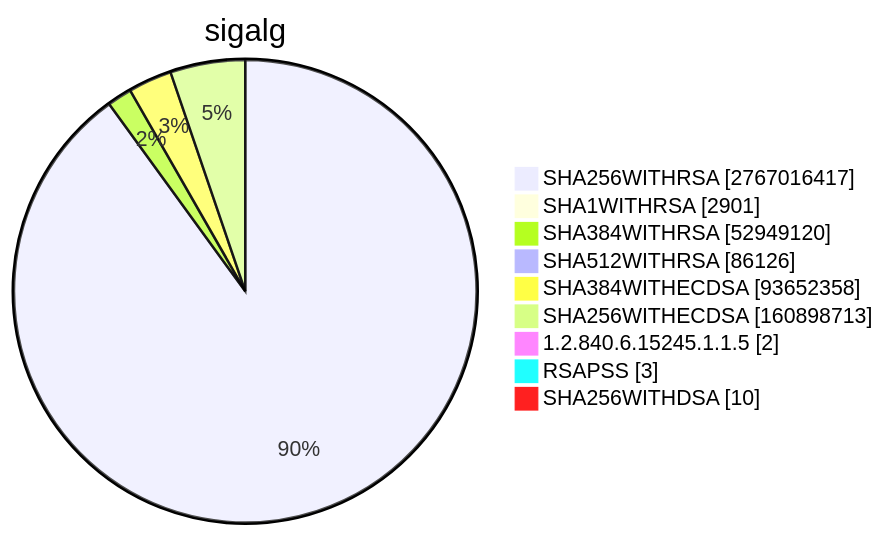
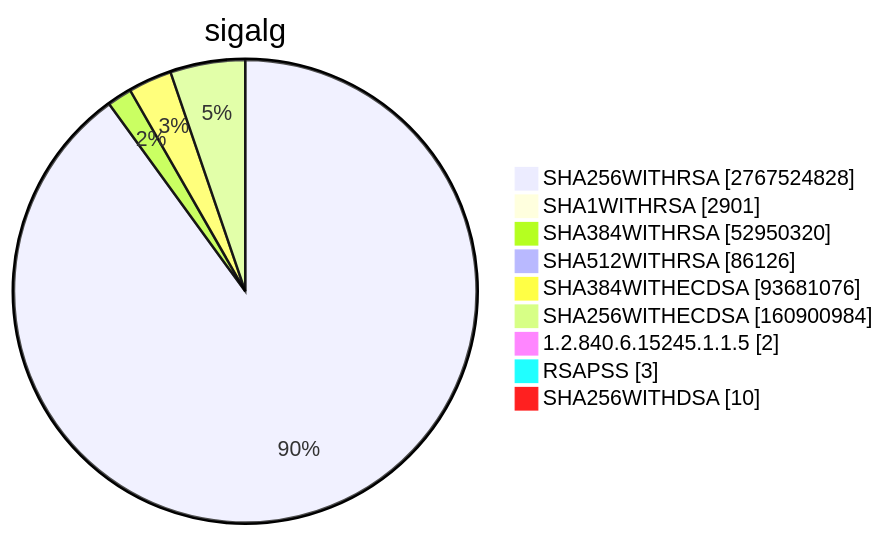
Before and after one commit to christiankrug/ctmonitor_visualization: diagram 15 of 15 in TOTAL/README.md, drawn with Mermaid. The commit also changed other lines of this file, not shown here.

````diff
--- a/TOTAL/README.md
+++ b/TOTAL/README.md
@@ -6207,13 +6207,13 @@
 ```mermaid
 pie showData
 title sigalg
-"SHA256WITHRSA" :2767016417
+"SHA256WITHRSA" :2767524828
 "SHA1WITHRSA" :2901
-"SHA384WITHRSA" :52949120
+"SHA384WITHRSA" :52950320
 "SHA512WITHRSA" :86126
-"SHA384WITHECDSA" :93652358
-"SHA256WITHECDSA" :160898713
+"SHA384WITHECDSA" :93681076
+"SHA256WITHECDSA" :160900984
 "1.2.840.6.15245.1.1.5" :2
 "RSAPSS" :3
 "SHA256WITHDSA" :10
 ```
````
